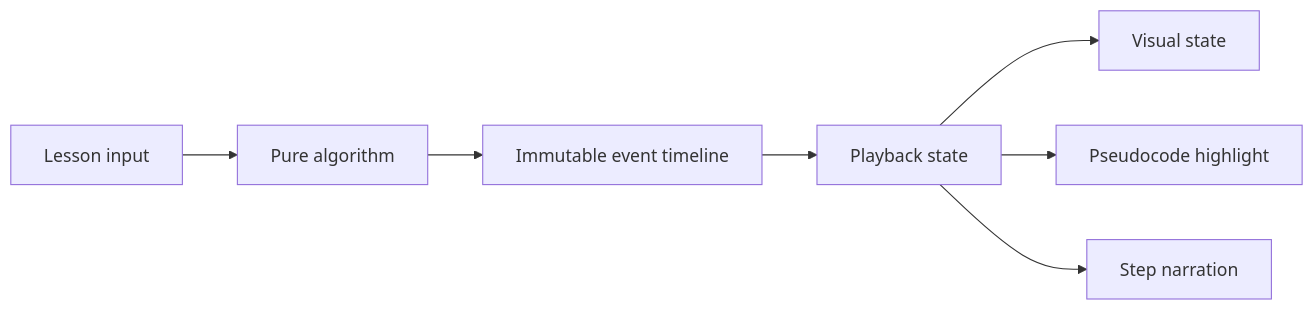
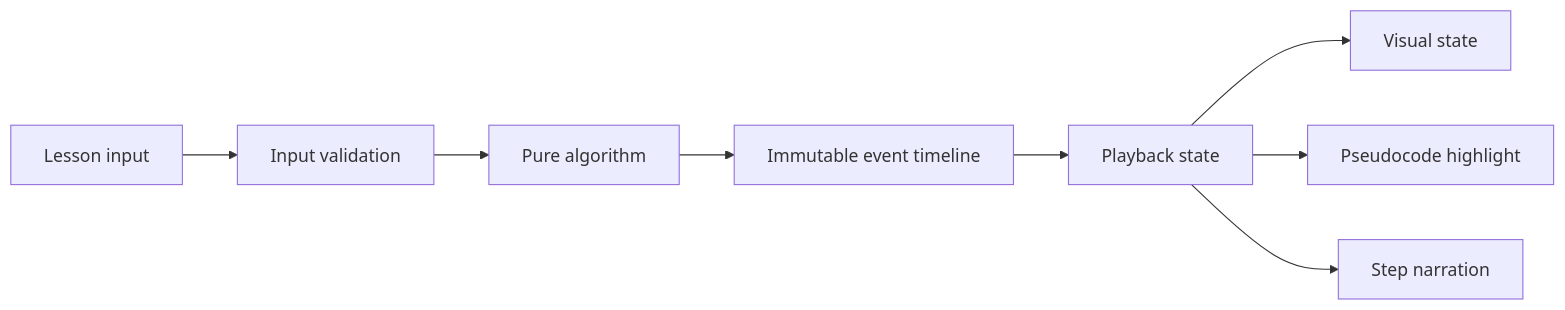
One commit to moslemajra85/cartesian-interactive-algorithms changed the diagram in README.md. Above: the diagram before and after it, drawn with Mermaid. The commit also changed other lines of this file and 10 other files, not shown here.

````diff
--- a/README.md
+++ b/README.md
@@ -79,9 +91,10 @@
 ```mermaid
 flowchart LR
-    Input[Lesson input] --> Algorithm[Pure algorithm]
+    Input[Lesson input] --> Validation[Input validation]
+    Validation --> Algorithm[Pure algorithm]
     Algorithm --> Events[Immutable event timeline]
     Events --> Player[Playback state]
     Player --> Visualization[Visual state]
     Player --> Code[Pseudocode highlight]
     Player --> Explanation[Step narration]
 ```
````
